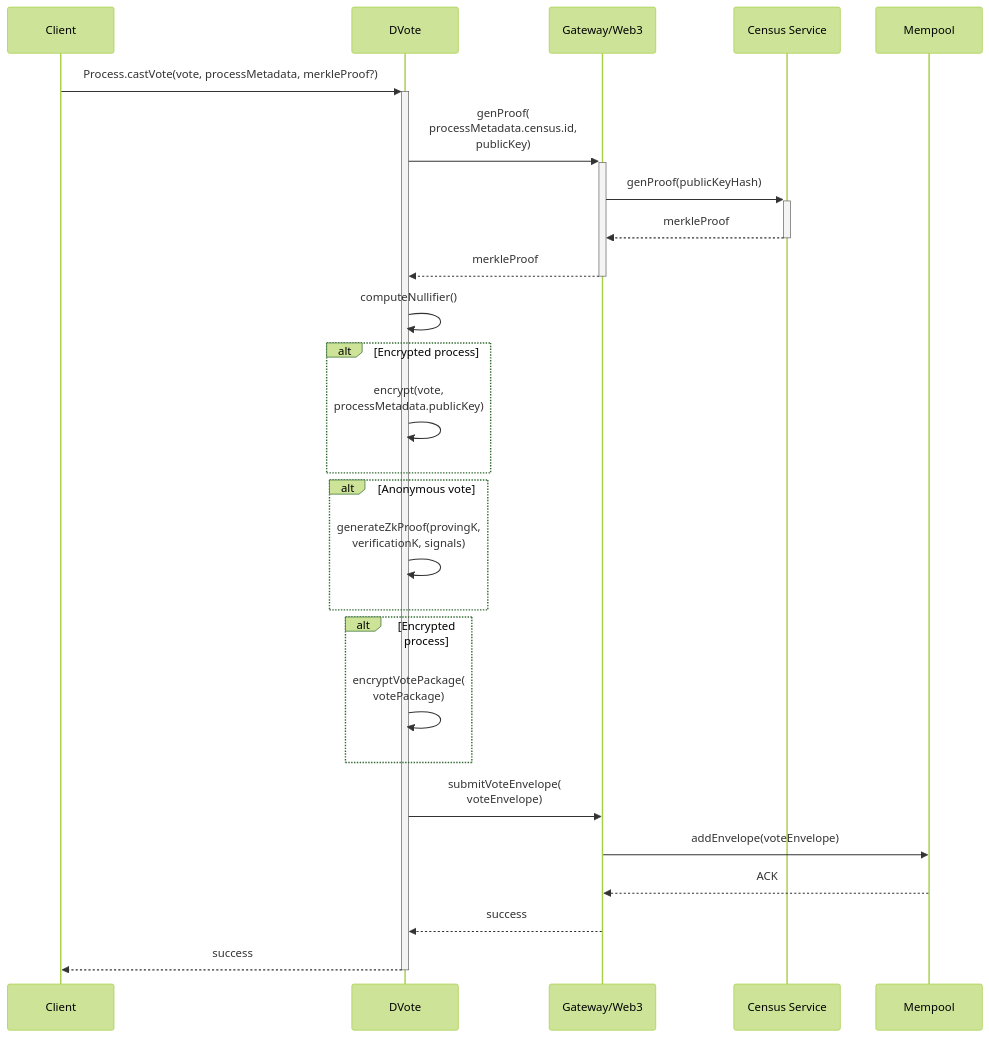
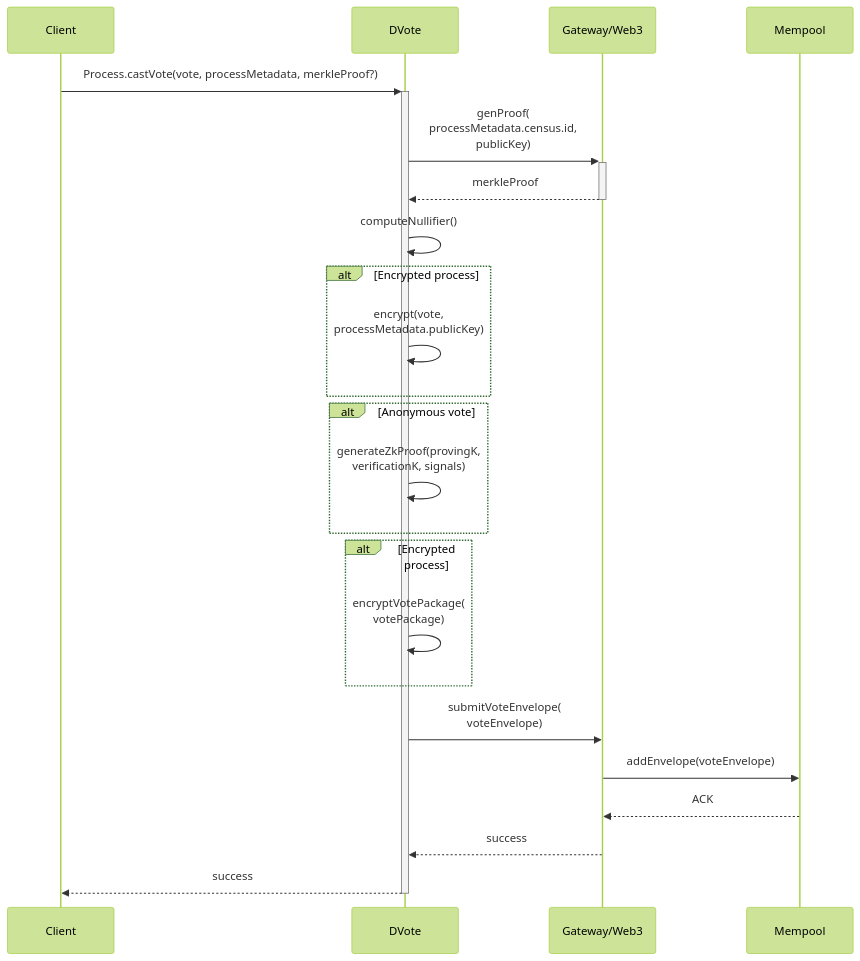
The sixth of 9 diagrams in src/architecture/component-interaction.md (vocdoni/docs), drawn with Mermaid before and after one commit. The commit also changed other lines of this file and 1 other file, not shown here.

Commit message:
Remove census service from component interactions

````diff
--- a/src/architecture/component-interaction.md
+++ b/src/architecture/component-interaction.md
@@ -299,42 +291,38 @@
 ```mermaid
 %%{init: {'theme':'forest'}}%%
 sequenceDiagram
 
     participant App as Client
     participant DV as DVote
     participant GW as Gateway/Web3
-    participant CS as Census Service
     participant MP as Mempool
 
     App->>+DV: Process.castVote(vote, processMetadata, merkleProof?)
 
         DV->>+GW: genProof(<br/>processMetadata.census.id,<br/> publicKey)
-
-            GW->>+CS: genProof(publicKeyHash)
-            CS-->>-GW: merkleProof
 
         GW-->>-DV: merkleProof
 
         DV->>DV: computeNullifier()
 
         alt Encrypted process
             DV->>DV: encrypt(vote,<br/> processMetadata.publicKey)
         end
 
         alt Anonymous vote
             DV->>DV: generateZkProof(provingK,<br/> verificationK, signals)
         end
 
         alt Encrypted process
             DV->>DV: encryptVotePackage(<br/>votePackage)
         end
 
         DV->>GW: submitVoteEnvelope(<br/>voteEnvelope)
 
             GW->>MP: addEnvelope(voteEnvelope)
             MP-->>GW: ACK
 
         GW-->>DV: success
 
     DV-->>-App: success
 ```
````
